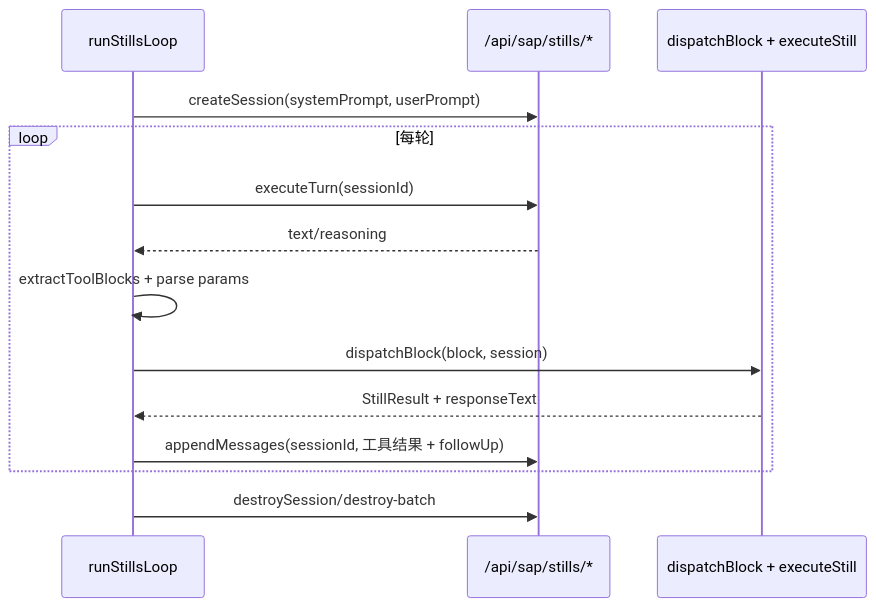
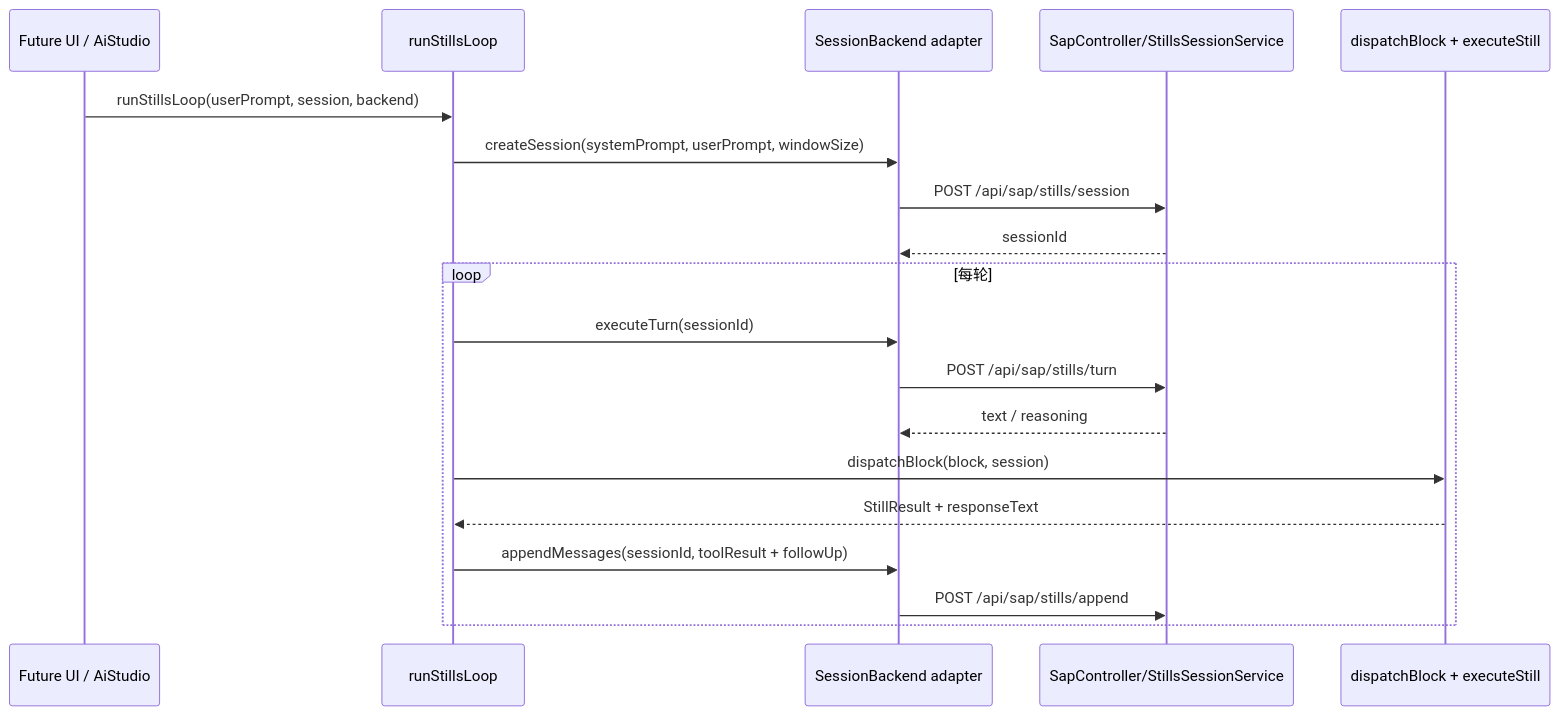
The third of 3 diagrams in docs/architecture/SPARK_AI_PACKAGE_FULL_DESIGN.md (LMSpark/spark-view-vue), drawn with Mermaid before and after one commit. The commit also changed other lines of this file and 11 other files, not shown here.

````diff
--- a/docs/architecture/SPARK_AI_PACKAGE_FULL_DESIGN.md
+++ b/docs/architecture/SPARK_AI_PACKAGE_FULL_DESIGN.md
@@ -178,17 +526,23 @@
 ```mermaid
 sequenceDiagram
-  participant Orchestrator as runStillsLoop
-  participant Backend as /api/sap/stills/*
-  participant Runtime as dispatchBlock + executeStill
+    participant UI as Future UI / AiStudio
+    participant Orchestrator as runStillsLoop
+    participant Backend as SessionBackend adapter
+    participant SAP as SapController/StillsSessionService
+    participant Runtime as dispatchBlock + executeStill
 
-  Orchestrator->>Backend: createSession(systemPrompt, userPrompt)
-  loop 每轮
-    Orchestrator->>Backend: executeTurn(sessionId)
-    Backend-->>Orchestrator: text/reasoning
-    Orchestrator->>Orchestrator: extractToolBlocks + parse params
-    Orchestrator->>Runtime: dispatchBlock(block, session)
-    Runtime-->>Orchestrator: StillResult + responseText
-    Orchestrator->>Backend: appendMessages(sessionId, 工具结果 + followUp)
-  end
-  Orchestrator->>Backend: destroySession/destroy-batch
+    UI->>Orchestrator: runStillsLoop(userPrompt, session, backend)
+    Orchestrator->>Backend: createSession(systemPrompt, userPrompt, windowSize)
+    Backend->>SAP: POST /api/sap/stills/session
+    SAP-->>Backend: sessionId
+
+    loop 每轮
+        Orchestrator->>Backend: executeTurn(sessionId)
+        Backend->>SAP: POST /api/sap/stills/turn
+        SAP-->>Backend: text / reasoning
+        Orchestrator->>Runtime: dispatchBlock(block, session)
+        Runtime-->>Orchestrator: StillResult + responseText
+        Orchestrator->>Backend: appendMessages(sessionId, toolResult + followUp)
+        Backend->>SAP: POST /api/sap/stills/append
+    end
 ```
````
